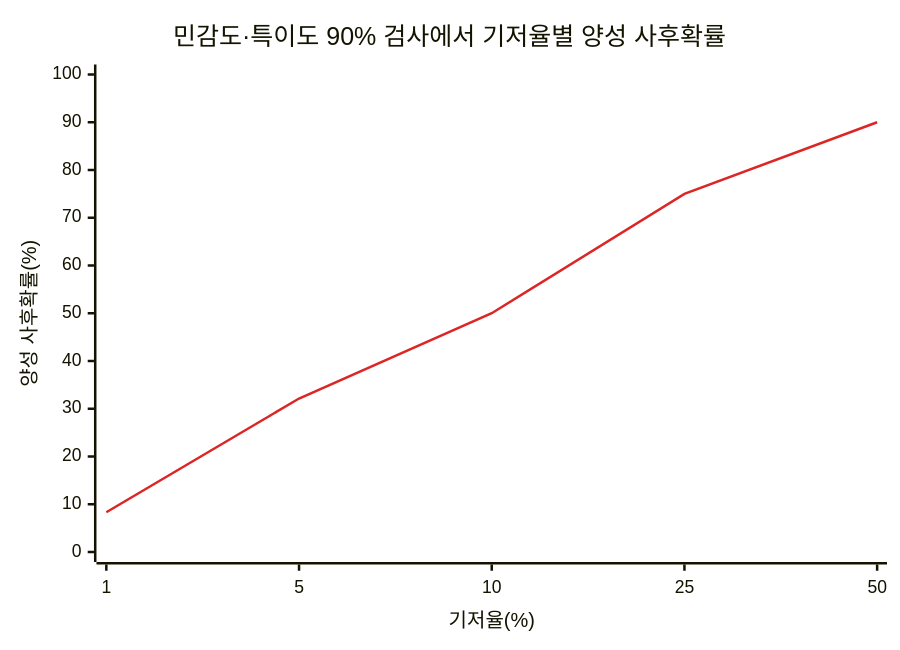
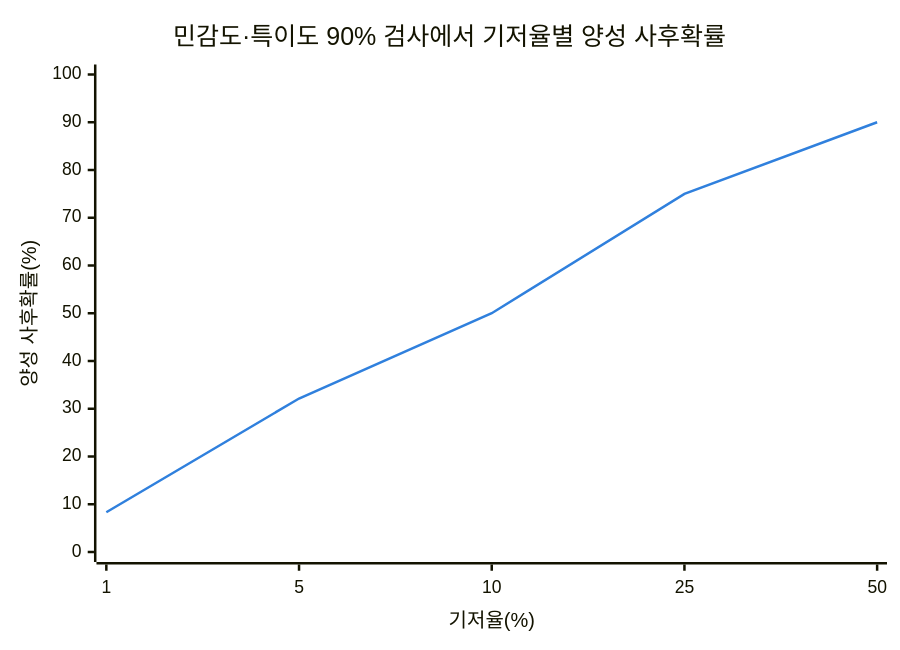
The first of 4 diagrams in src/content/docs/notes/01-basic-theory/031_bayes_theorem.md (agnusdei1207/knowledge-base), drawn with Mermaid before and after one commit. The commit also changed other lines of this file and 20 other files, not shown here.

````diff
--- a/src/content/docs/notes/01-basic-theory/031_bayes_theorem.md
+++ b/src/content/docs/notes/01-basic-theory/031_bayes_theorem.md
@@ -53,13 +53,8 @@
 ```mermaid
----
-config:
-  themeVariables:
-    xyChart:
-      plotColorPalette: "#DC2626"
----
+%%{init: {"themeVariables": {"xyChart": {"plotColorPalette": "#3080dd, #d95926"}}} }%%
 xychart-beta
     title "민감도·특이도 90% 검사에서 기저율별 양성 사후확률"
     x-axis "기저율(%)" [1, 5, 10, 25, 50]
     y-axis "양성 사후확률(%)" 0 --> 100
     line [8.33, 32.14, 50, 75, 90]
 ```
````
